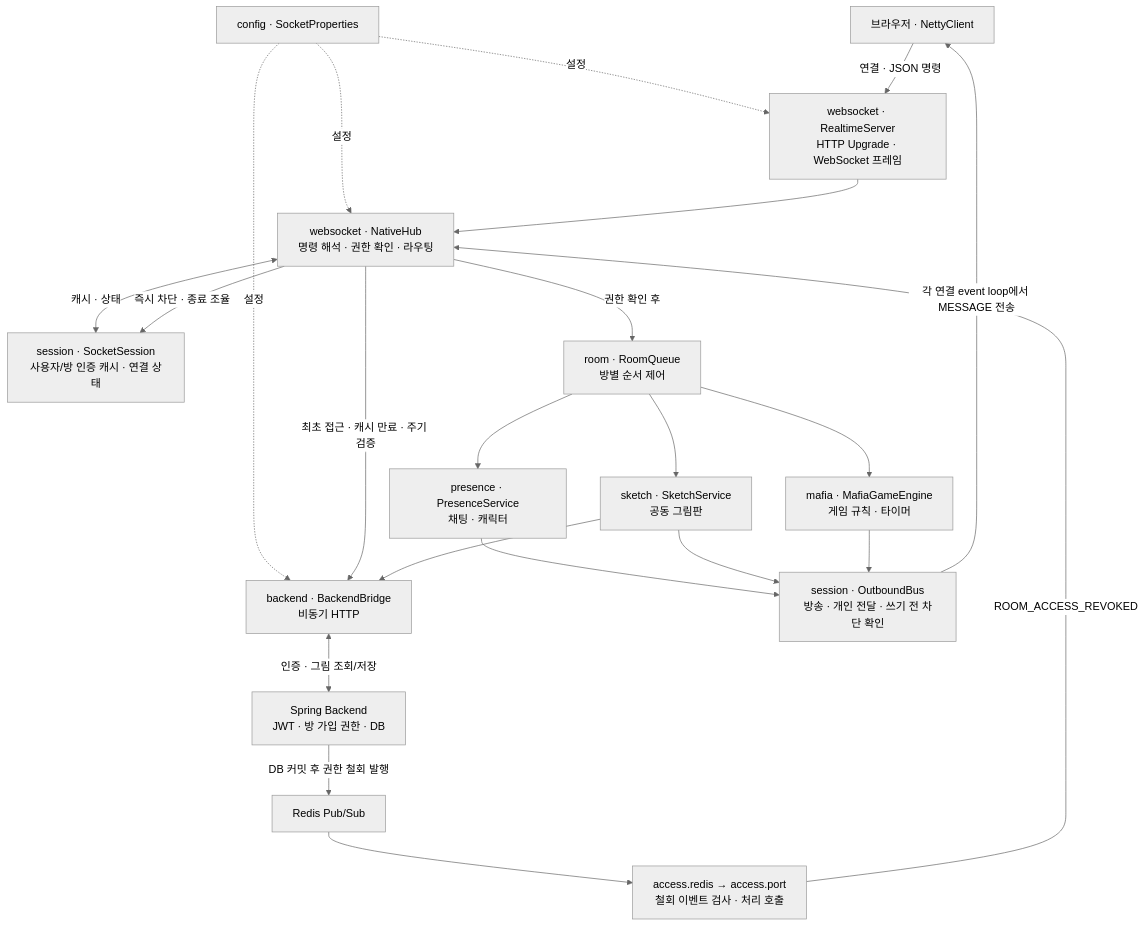
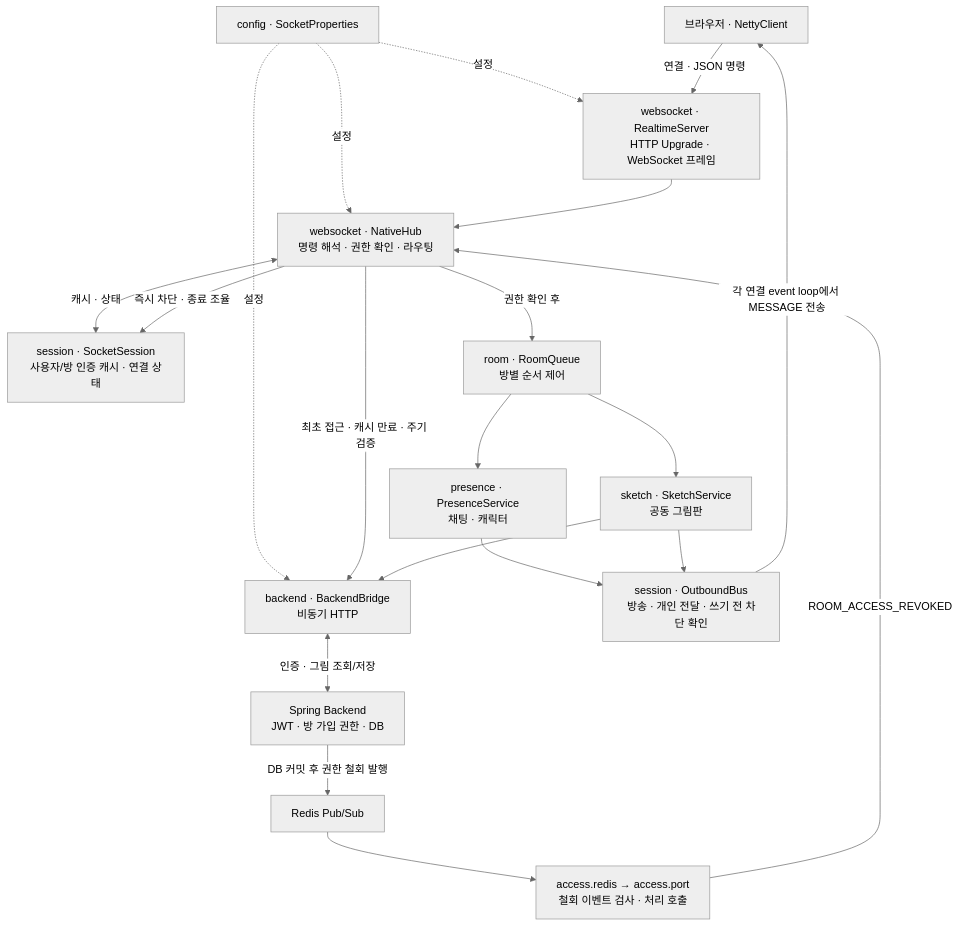
The first of 6 diagrams in docs/request-flows.md (Woom-s-Land/wooms-socket), drawn with Mermaid (neutral theme) before and after one commit. The commit also changed other lines of this file and 29 other files, not shown here.

First line of the commit message:
refactor: remove mafia game from Netty migration scope

````diff
--- a/docs/request-flows.md
+++ b/docs/request-flows.md
@@ -16,37 +14,34 @@
 ```mermaid
 flowchart TD
     Client["브라우저 · NettyClient"]
     Config["config · SocketProperties"]
     Server["websocket · RealtimeServer<br/>HTTP Upgrade · WebSocket 프레임"]
     Hub["websocket · NativeHub<br/>명령 해석 · 권한 확인 · 라우팅"]
     Session["session · SocketSession<br/>사용자/방 인증 캐시 · 연결 상태"]
     Bridge["backend · BackendBridge<br/>비동기 HTTP"]
     Backend["Spring Backend<br/>JWT · 방 가입 권한 · DB"]
     Queue["room · RoomQueue<br/>방별 순서 제어"]
     Presence["presence · PresenceService<br/>채팅 · 캐릭터"]
     Sketch["sketch · SketchService<br/>공동 그림판"]
-    Mafia["mafia · MafiaGameEngine<br/>게임 규칙 · 타이머"]
     Bus["session · OutboundBus<br/>방송 · 개인 전달 · 쓰기 전 차단 확인"]
     Redis["Redis Pub/Sub"]
     Access["access.redis → access.port<br/>철회 이벤트 검사 · 처리 호출"]
 
     Config -. "설정" .-> Server
     Config -. "설정" .-> Hub
     Config -. "설정" .-> Bridge
     Client -->|"연결 · JSON 명령"| Server --> Hub
     Hub <-->|"캐시 · 상태"| Session
     Hub -->|"최초 접근 · 캐시 만료 · 주기 검증"| Bridge
     Bridge <-->|"인증 · 그림 조회/저장"| Backend
     Hub -->|"권한 확인 후"| Queue
     Queue --> Presence
     Queue --> Sketch
-    Queue --> Mafia
     Sketch --> Bridge
     Presence --> Bus
     Sketch --> Bus
-    Mafia --> Bus
     Bus -->|"각 연결 event loop에서 MESSAGE 전송"| Client
     Backend -->|"DB 커밋 후 권한 철회 발행"| Redis
     Redis --> Access -->|"ROOM_ACCESS_REVOKED"| Hub
     Hub -->|"즉시 차단 · 종료 조율"| Session
 ```
````
